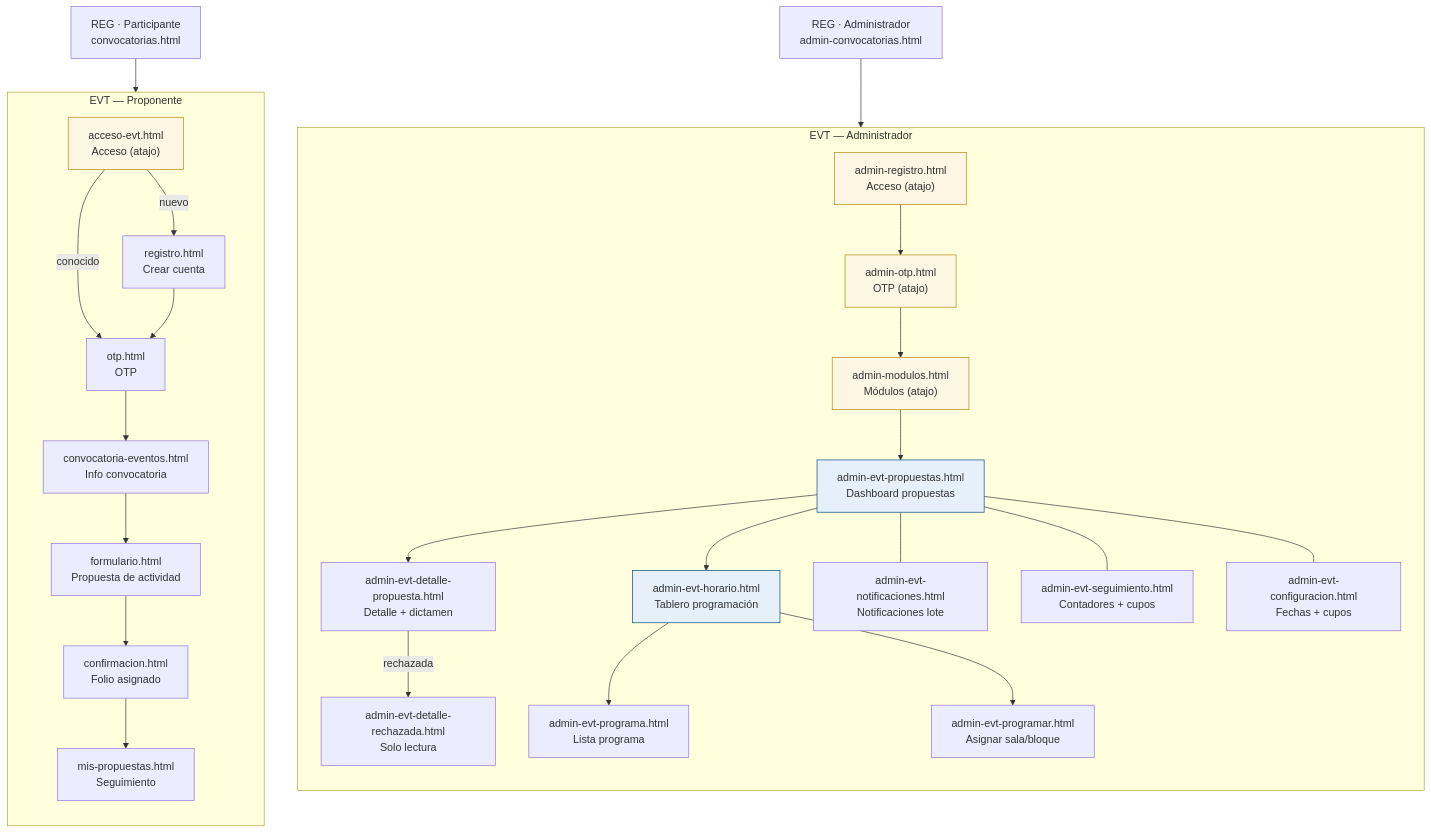
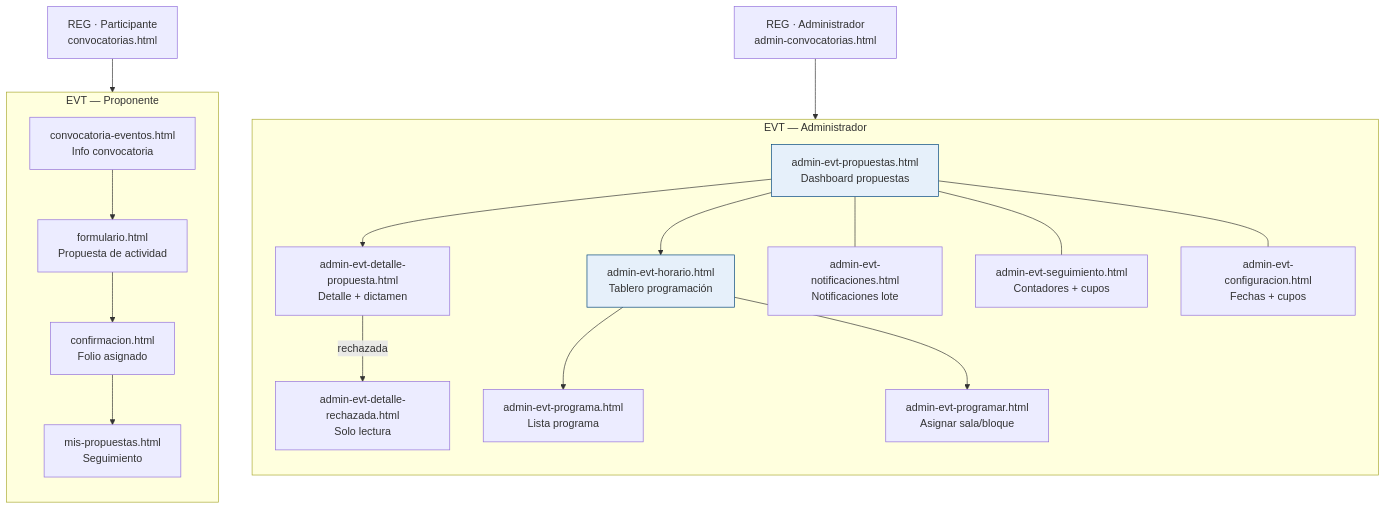
One commit to Proyectos-Vinculacion-FMAT/FILEYapp26 changed the diagram in prototipo/EVT/README.md. Above: the diagram before and after it, drawn with Mermaid. The commit also changed other lines of this file and 11 other files, not shown here.

First line of the commit message:
fix(prototipo): elimina atajos de EVT/VIS que duplican login/OTP/modulos de REG

````diff
--- a/prototipo/EVT/README.md
+++ b/prototipo/EVT/README.md
@@ -48,38 +42,28 @@
 ```mermaid
 flowchart TD
     subgraph EVT_PART["EVT — Proponente"]
         direction TB
-        EP_A["acceso-evt.html\nAcceso (atajo)"] -->|nuevo| EP2["registro.html\nCrear cuenta"]
-        EP_A -->|conocido| EP3["otp.html\nOTP"]
-        EP2 --> EP3
-        EP3 --> EP4["convocatoria-eventos.html\nInfo convocatoria"]
-        EP4 --> EP5["formulario.html\nPropuesta de actividad"]
+        EP4["convocatoria-eventos.html\nInfo convocatoria"] --> EP5["formulario.html\nPropuesta de actividad"]
         EP5 --> EP6["confirmacion.html\nFolio asignado"]
         EP6 --> EP7["mis-propuestas.html\nSeguimiento"]
     end
 
     subgraph EVT_ADMIN["EVT — Administrador"]
         direction TB
-        EA1["admin-registro.html\nAcceso (atajo)"] --> EA2["admin-otp.html\nOTP (atajo)"]
-        EA2 --> EA3["admin-modulos.html\nMódulos (atajo)"]
-        EA3 --> EA4["admin-evt-propuestas.html\nDashboard propuestas"]
+        EA4["admin-evt-propuestas.html\nDashboard propuestas"]
         EA4 --> EA5["admin-evt-detalle-propuesta.html\nDetalle + dictamen"]
         EA5 -->|rechazada| EA6["admin-evt-detalle-rechazada.html\nSolo lectura"]
         EA4 --> EA7["admin-evt-horario.html\nTablero programación"]
         EA7 --> EA8["admin-evt-programa.html\nLista programa"]
         EA7 --> EA9["admin-evt-programar.html\nAsignar sala/bloque"]
         EA4 --- EA10["admin-evt-notificaciones.html\nNotificaciones lote"]
         EA4 --- EA11["admin-evt-seguimiento.html\nContadores + cupos"]
         EA4 --- EA12["admin-evt-configuracion.html\nFechas + cupos"]
     end
 
     REG_PART["REG · Participante\nconvocatorias.html"] --> EP4
     REG_ADMIN["REG · Administrador\nadmin-convocatorias.html"] --> EA4
 
     style EA4 fill:#e6f0fa,stroke:#01457C
     style EA7 fill:#e6f0fa,stroke:#01457C
-    style EP_A fill:#fdf6e3,stroke:#b8860b
-    style EA1 fill:#fdf6e3,stroke:#b8860b
-    style EA2 fill:#fdf6e3,stroke:#b8860b
-    style EA3 fill:#fdf6e3,stroke:#b8860b
 ```
````
